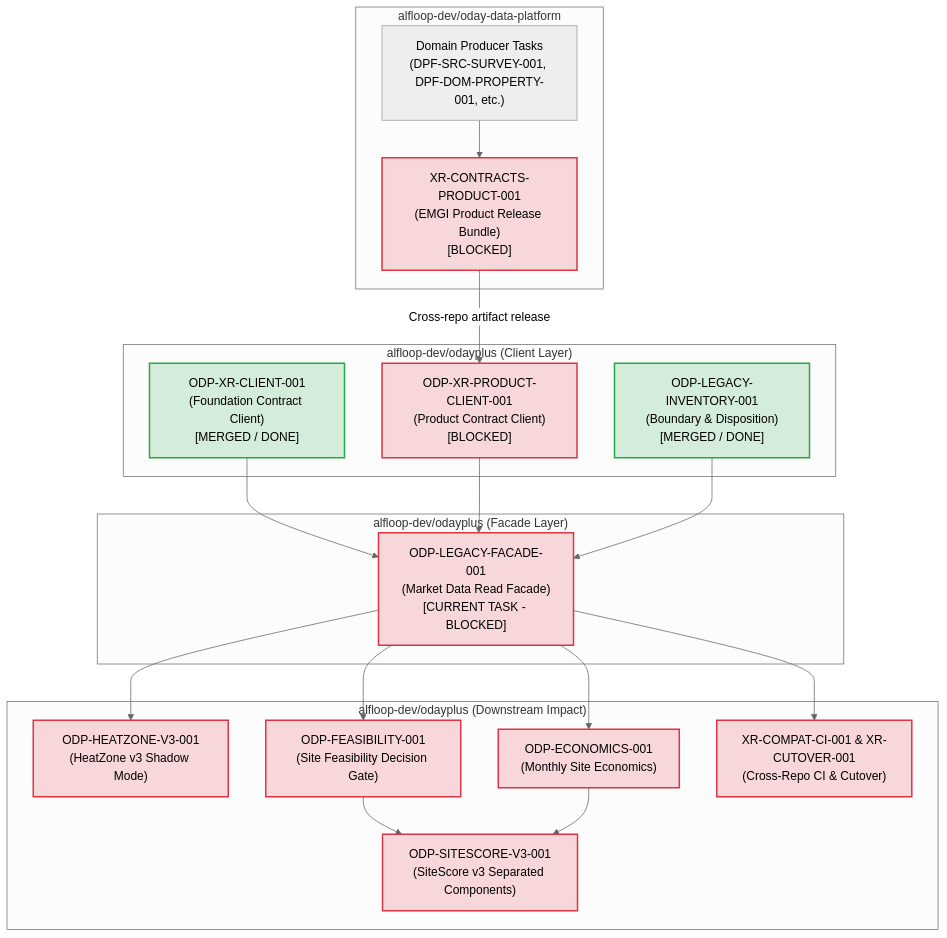
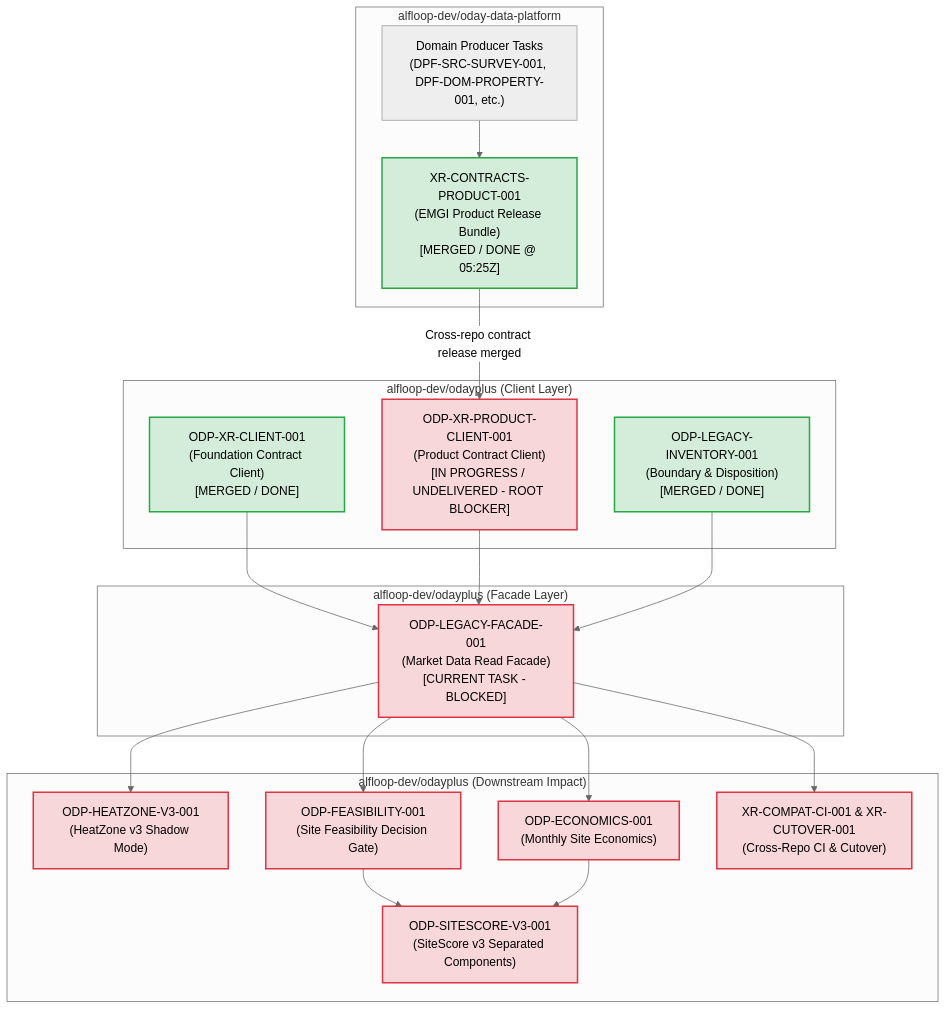
The diagram in support/sidecars/ODP-LEGACY-FACADE-001/ODP-LEGACY-FACADE-001-SIDECAR-BLOCKED-TASK-DIAGNOSTICS.md (alfloop-dev/odayplus), drawn with Mermaid (neutral theme) before and after one commit. The commit also changed other lines of this file, not shown here.

First line of the commit message:
ODP-LEGACY-FACADE-001-SIDECAR-BLOCKED-TASK-DIAGNOSTICS: update blocker

````diff
--- a/support/sidecars/ODP-LEGACY-FACADE-001/ODP-LEGACY-FACADE-001-SIDECAR-BLOCKED-TASK-DIAGNOSTICS.md
+++ b/support/sidecars/ODP-LEGACY-FACADE-001/ODP-LEGACY-FACADE-001-SIDECAR-BLOCKED-TASK-DIAGNOSTICS.md
@@ -150,43 +163,43 @@
 ```mermaid
 flowchart TD
     subgraph Upstream ["alfloop-dev/oday-data-platform"]
-        UP_PROD["Domain Producer Tasks<br/>(DPF-SRC-SURVEY-001, DPF-DOM-PROPERTY-001, etc.)"] --> UP_XR_PROD["XR-CONTRACTS-PRODUCT-001<br/>(EMGI Product Release Bundle)<br/>[BLOCKED]"]
+        UP_PROD["Domain Producer Tasks<br/>(DPF-SRC-SURVEY-001, DPF-DOM-PROPERTY-001, etc.)"] --> UP_XR_PROD["XR-CONTRACTS-PRODUCT-001<br/>(EMGI Product Release Bundle)<br/>[MERGED / DONE @ 05:25Z]"]
     end
 
     subgraph ODayPlus_Clients ["alfloop-dev/odayplus (Client Layer)"]
         XR_CLIENT["ODP-XR-CLIENT-001<br/>(Foundation Contract Client)<br/>[MERGED / DONE]"]
-        XR_PROD_CLIENT["ODP-XR-PRODUCT-CLIENT-001<br/>(Product Contract Client)<br/>[BLOCKED]"]
+        XR_PROD_CLIENT["ODP-XR-PRODUCT-CLIENT-001<br/>(Product Contract Client)<br/>[IN PROGRESS / UNDELIVERED - ROOT BLOCKER]"]
         INV["ODP-LEGACY-INVENTORY-001<br/>(Boundary & Disposition)<br/>[MERGED / DONE]"]
     end
 
     subgraph ODayPlus_Facade ["alfloop-dev/odayplus (Facade Layer)"]
         FACADE["ODP-LEGACY-FACADE-001<br/>(Market Data Read Facade)<br/>[CURRENT TASK - BLOCKED]"]
     end
 
     subgraph Downstream ["alfloop-dev/odayplus (Downstream Impact)"]
         HEATZONE["ODP-HEATZONE-V3-001<br/>(HeatZone v3 Shadow Mode)"]
         FEASIBILITY["ODP-FEASIBILITY-001<br/>(Site Feasibility Decision Gate)"]
         ECONOMICS["ODP-ECONOMICS-001<br/>(Monthly Site Economics)"]
         SITESCORE["ODP-SITESCORE-V3-001<br/>(SiteScore v3 Separated Components)"]
         CI_CUTOVER["XR-COMPAT-CI-001 & XR-CUTOVER-001<br/>(Cross-Repo CI & Cutover)"]
     end
 
-    UP_XR_PROD -->|Cross-repo artifact release| XR_PROD_CLIENT
+    UP_XR_PROD -->|Cross-repo contract release merged| XR_PROD_CLIENT
     XR_CLIENT --> FACADE
     XR_PROD_CLIENT --> FACADE
     INV --> FACADE
 
     FACADE --> HEATZONE
     FACADE --> FEASIBILITY
     FACADE --> ECONOMICS
     FEASIBILITY --> SITESCORE
     ECONOMICS --> SITESCORE
     FACADE --> CI_CUTOVER
 
     classDef done fill:#d4edda,stroke:#28a745,stroke-width:2px;
     classDef blocked fill:#f8d7da,stroke:#dc3545,stroke-width:2px;
     classDef inprogress fill:#fff3cd,stroke:#ffc107,stroke-width:2px;
 
-    class XR_CLIENT,INV done;
-    class UP_XR_PROD,XR_PROD_CLIENT,FACADE,HEATZONE,FEASIBILITY,ECONOMICS,SITESCORE,CI_CUTOVER blocked;
+    class UP_XR_PROD,XR_CLIENT,INV done;
+    class XR_PROD_CLIENT,FACADE,HEATZONE,FEASIBILITY,ECONOMICS,SITESCORE,CI_CUTOVER blocked;
 ```
````
